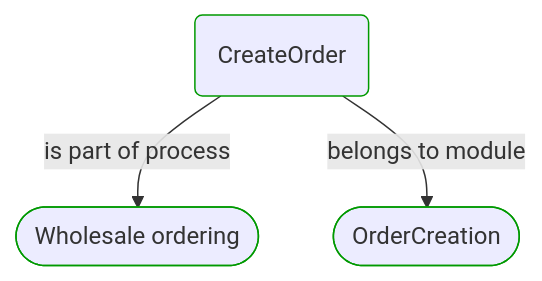
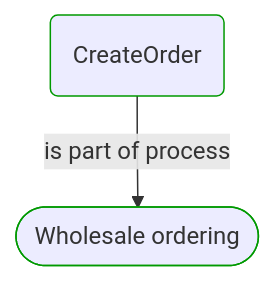
One commit to itlibrium/DDD-starter-dotnet changed the first of 4 diagrams in Docs/P3/MermaidOutput/ProcessSteps/Sale/Wholesale ordering/CreateOrder.md. Above: the diagram before and after it, drawn with Mermaid. The commit also changed other lines of this file and 174 other files, not shown here.

````diff
--- a/Docs/P3/MermaidOutput/ProcessSteps/Sale/Wholesale ordering/CreateOrder.md
+++ b/Docs/P3/MermaidOutput/ProcessSteps/Sale/Wholesale ordering/CreateOrder.md
@@ -20,14 +20,11 @@
 ```mermaid
   flowchart TB
     0(CreateOrder)
     class 0 DomainPerspective
     1([Wholesale ordering])
     class 1 DomainPerspective
     0-->|is part of process|1
-    2([OrderCreation])
-    class 2 DomainPerspective
-    0-->|belongs to module|2
     classDef DomainPerspective stroke:#009900
     classDef TechnologyPerspective stroke:#1F41EB
     classDef PeoplePerspective stroke:#FFF014
 ```
````
